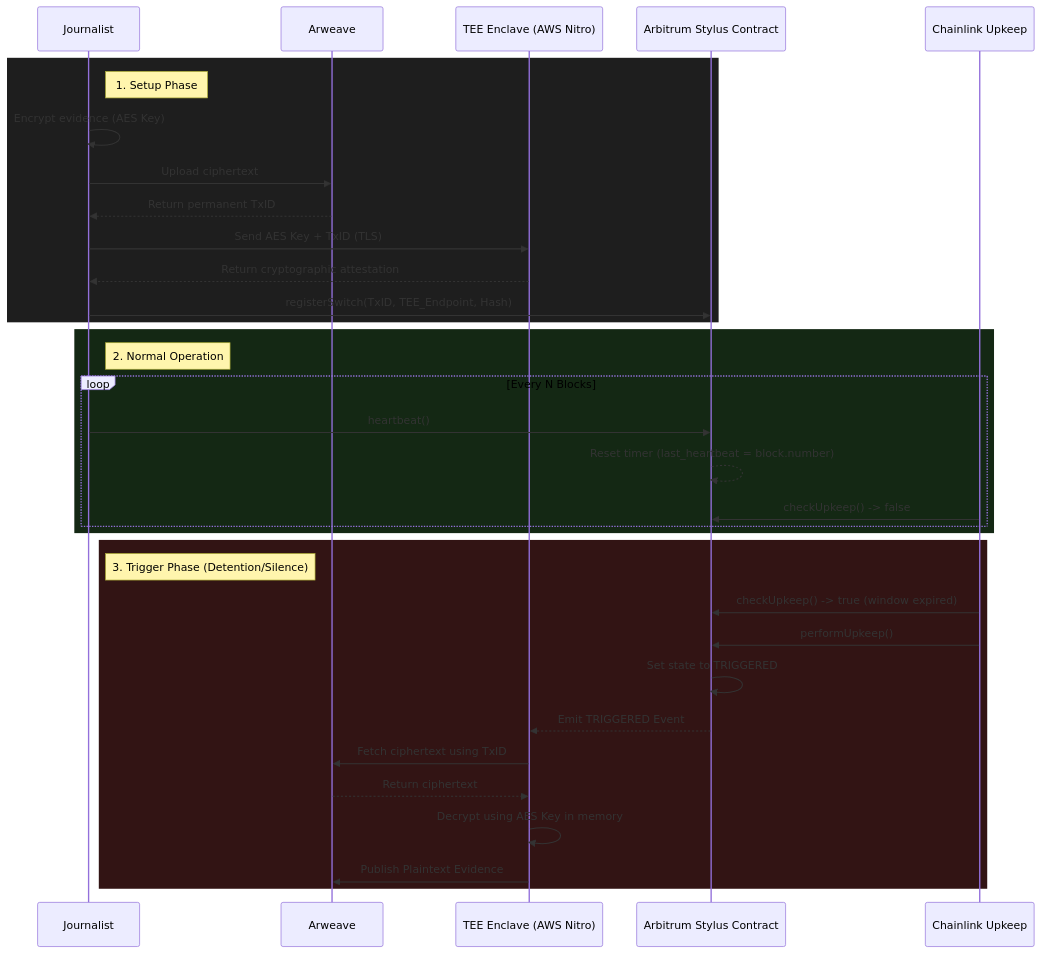
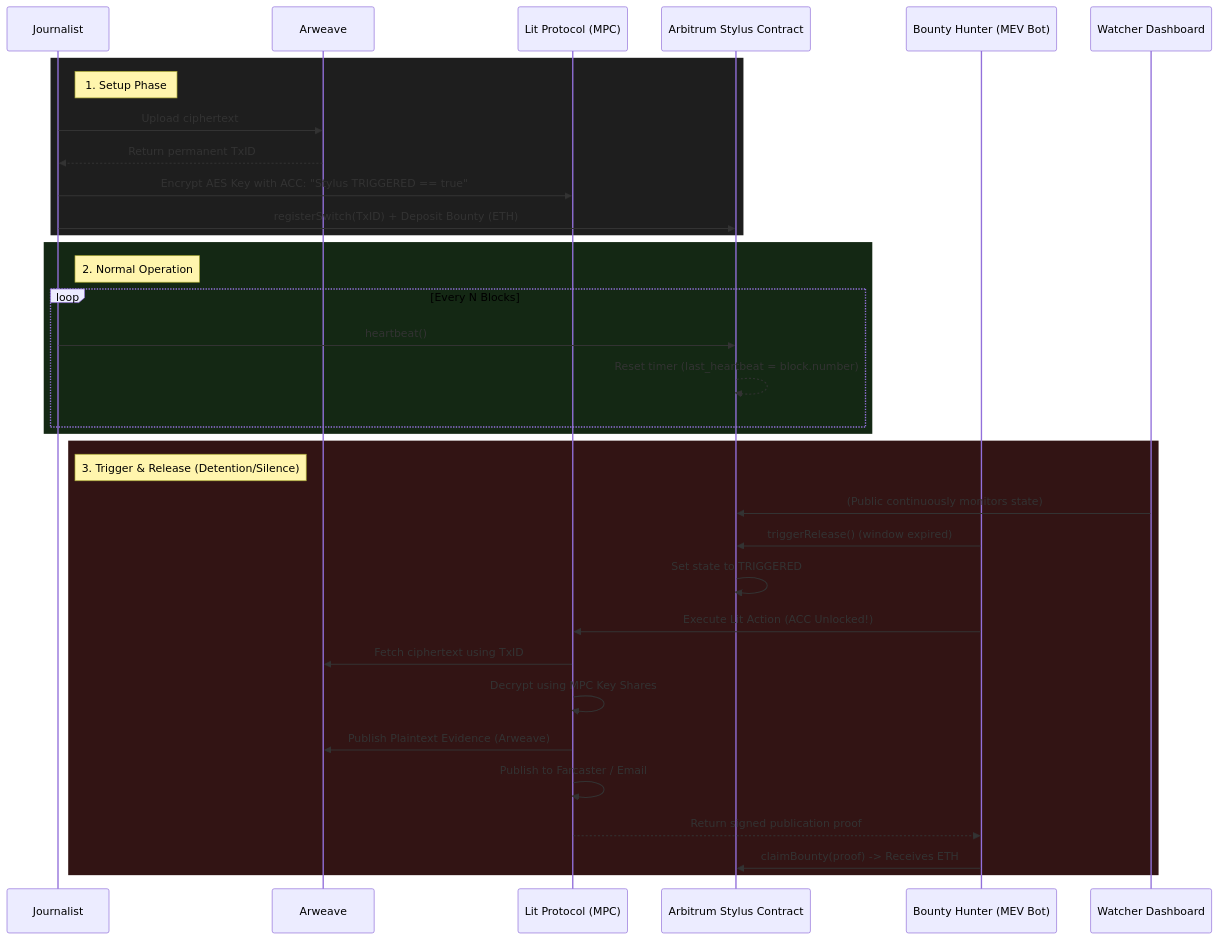
Before and after one commit to Amrit-mishra07/Vault_bomb: the diagram in README.md, drawn with Mermaid. The commit also changed other lines of this file and 2478 other files, not shown here.

Commit message:
feat: migrate to Lit Protocol architecture, add bounties, and watcher dashboard

````diff
--- a/README.md
+++ b/README.md
@@ -30,42 +30,42 @@
 ```mermaid
 sequenceDiagram
     participant J as Journalist
     participant A as Arweave
-    participant T as TEE Enclave (AWS Nitro)
+    participant Lit as Lit Protocol (MPC)
     participant S as Arbitrum Stylus Contract
-    participant C as Chainlink Upkeep
+    participant B as Bounty Hunter (MEV Bot)
+    participant W as Watcher Dashboard
     
     %% Setup Phase
     rect rgb(30, 30, 30)
     note right of J: 1. Setup Phase
-    J->>J: Encrypt evidence (AES Key)
     J->>A: Upload ciphertext
     A-->>J: Return permanent TxID
-    J->>T: Send AES Key + TxID (TLS)
-    T-->>J: Return cryptographic attestation
-    J->>S: registerSwitch(TxID, TEE_Endpoint, Hash)
+    J->>Lit: Encrypt AES Key with ACC: "Stylus TRIGGERED == true"
+    J->>S: registerSwitch(TxID) + Deposit Bounty (ETH)
     end
     
     %% Normal Operation
     rect rgb(20, 40, 20)
     note right of J: 2. Normal Operation
     loop Every N Blocks
         J->>S: heartbeat()
         S-->>S: Reset timer (last_heartbeat = block.number)
-        C->>S: checkUpkeep() -> false
     end
     end
     
     %% Trigger Phase
     rect rgb(50, 20, 20)
-    note right of J: 3. Trigger Phase (Detention/Silence)
-    C->>S: checkUpkeep() -> true (window expired)
-    C->>S: performUpkeep()
+    note right of J: 3. Trigger & Release (Detention/Silence)
+    W->>S: (Public continuously monitors state)
+    B->>S: triggerRelease() (window expired)
     S->>S: Set state to TRIGGERED
-    S-->>T: Emit TRIGGERED Event
-    T->>A: Fetch ciphertext using TxID
-    A-->>T: Return ciphertext
-    T->>T: Decrypt using AES Key in memory
-    T->>A: Publish Plaintext Evidence
+    B->>Lit: Execute Lit Action (ACC Unlocked!)
+    Lit->>A: Fetch ciphertext using TxID
+    Lit->>Lit: Decrypt using MPC Key Shares
+    Lit->>A: Publish Plaintext Evidence (Arweave)
+    Lit->>Lit: Publish to Farcaster / Email
+    Lit-->>B: Return signed publication proof
+    B->>S: claimBounty(proof) -> Receives ETH
     end
 ```
````
